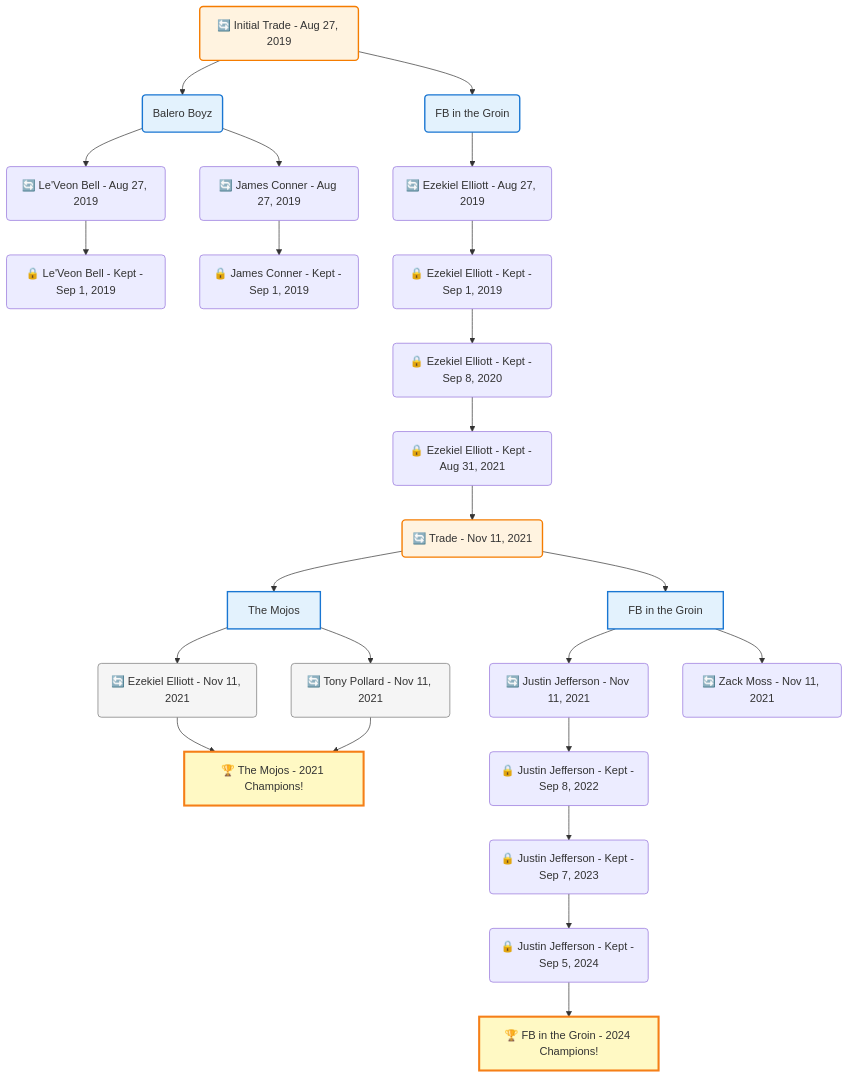
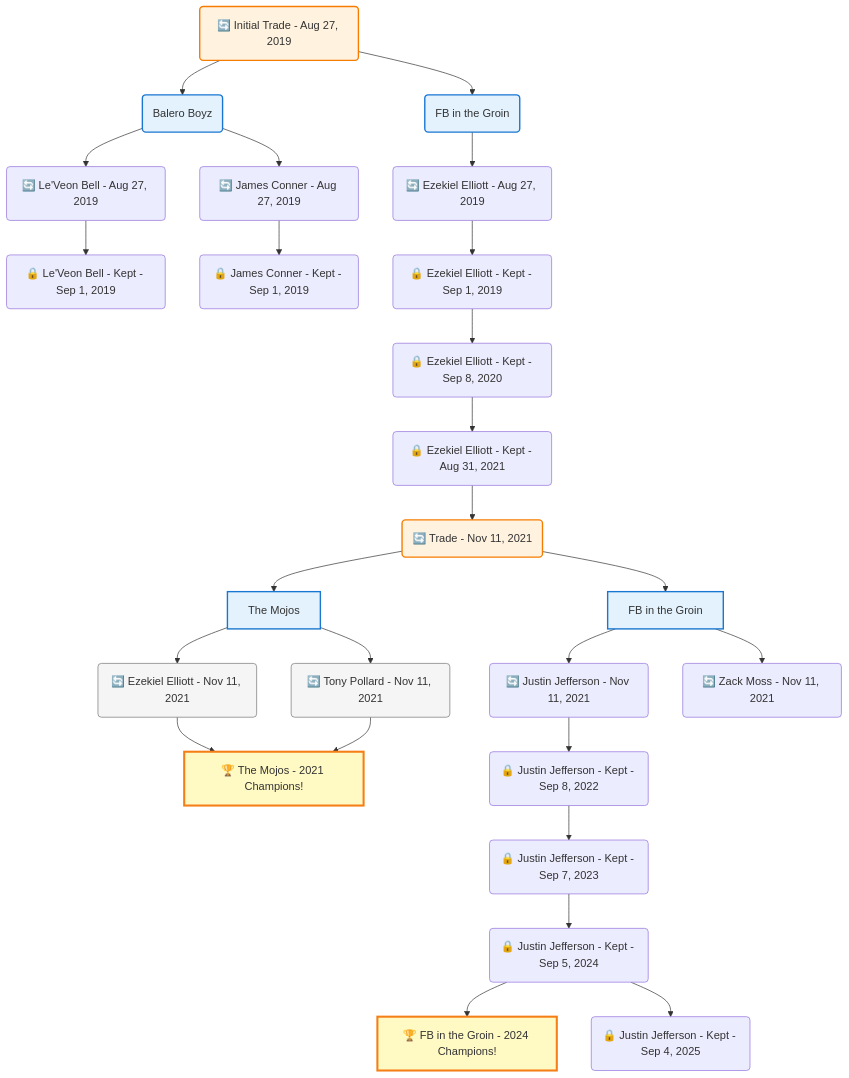
Before and after one commit to bsnooks/FantasyArchive: the diagram in frontend/public/data/trade-trees/mermaid/4e45f353-24c3-46d7-a691-a8cb31da069e.mmd, drawn with Mermaid. The commit also changed 76 other files, not shown here.

```diff
--- a/frontend/public/data/trade-trees/mermaid/4e45f353-24c3-46d7-a691-a8cb31da069e.mmd
+++ b/frontend/public/data/trade-trees/mermaid/4e45f353-24c3-46d7-a691-a8cb31da069e.mmd
@@ -1,63 +1,65 @@
 flowchart TD
 
     TRADE_MAIN("🔄 Initial Trade - Aug 27, 2019")
     TEAM_1("Balero Boyz")
     TEAM_2("FB in the Groin")
     NODE_59268d5b-f355-4b6e-bca4-070815370b04("🔄 Le'Veon Bell - Aug 27, 2019")
     NODE_7117999e-bab4-42ae-9d78-d07847302724("🔒 Le'Veon Bell - Kept - Sep 1, 2019")
     NODE_cbe60832-3c71-4196-aa36-cf78c53f7f2d("🔄 James Conner - Aug 27, 2019")
     NODE_23598f52-9505-4803-ad3c-ef7c43cfefed("🔒 James Conner - Kept - Sep 1, 2019")
     NODE_45a0bd28-03b2-44dc-a3a1-ec8a0bca96ce("🔄 Ezekiel Elliott - Aug 27, 2019")
     NODE_8c26cca0-aacf-430d-ad2c-aa79ed5d716f("🔒 Ezekiel Elliott - Kept - Sep 1, 2019")
     NODE_829e811b-ead8-402d-8bbe-92cb60a3a834("🔒 Ezekiel Elliott - Kept - Sep 8, 2020")
     NODE_ae6d5939-886f-49ae-a831-34feee078b3d("🔒 Ezekiel Elliott - Kept - Aug 31, 2021")
     TRADE_451b2038-42ba-4ba2-9eed-7d7e59e4281d_3("🔄 Trade - Nov 11, 2021")
     TEAM_bbe2d0ad-54cf-4c22-be82-b2a5f262a157_4["The Mojos"]
     NODE_4d79c91c-098e-498f-9aa9-ee835c90d399("🔄 Ezekiel Elliott - Nov 11, 2021")
     CHAMP_bbe2d0ad-54cf-4c22-be82-b2a5f262a157_2021["🏆 The Mojos - 2021 Champions!"]
     NODE_5d5d8e60-bf6b-445b-a0d4-1c55e9fa6097("🔄 Tony Pollard - Nov 11, 2021")
     TEAM_f483ecf1-cd17-4991-854b-e52dfc957b45_5["FB in the Groin"]
     NODE_e07cacc3-49e5-4e21-a75f-83405ff4f57b("🔄 Justin Jefferson - Nov 11, 2021")
     NODE_4946198b-20fe-4992-b2c1-86ea0927d0be("🔒 Justin Jefferson - Kept - Sep 8, 2022")
     NODE_5ec147e7-5e82-4d0c-b521-0e892098b936("🔒 Justin Jefferson - Kept - Sep 7, 2023")
     NODE_df0f34bb-4caf-4282-a80d-31c385b4ab7c("🔒 Justin Jefferson - Kept - Sep 5, 2024")
     CHAMP_f483ecf1-cd17-4991-854b-e52dfc957b45_2024["🏆 FB in the Groin - 2024 Champions!"]
+    NODE_499d2ba2-1008-4058-a792-04ec4b9cf305("🔒 Justin Jefferson - Kept - Sep 4, 2025")
     NODE_580e8901-5bae-437e-8fae-ca50a9ef5c01("🔄 Zack Moss - Nov 11, 2021")
 
     TRADE_MAIN --> TEAM_1
     TRADE_MAIN --> TEAM_2
     TEAM_1 --> NODE_59268d5b-f355-4b6e-bca4-070815370b04
     NODE_59268d5b-f355-4b6e-bca4-070815370b04 --> NODE_7117999e-bab4-42ae-9d78-d07847302724
     TEAM_1 --> NODE_cbe60832-3c71-4196-aa36-cf78c53f7f2d
     NODE_cbe60832-3c71-4196-aa36-cf78c53f7f2d --> NODE_23598f52-9505-4803-ad3c-ef7c43cfefed
     TEAM_2 --> NODE_45a0bd28-03b2-44dc-a3a1-ec8a0bca96ce
     NODE_45a0bd28-03b2-44dc-a3a1-ec8a0bca96ce --> NODE_8c26cca0-aacf-430d-ad2c-aa79ed5d716f
     NODE_8c26cca0-aacf-430d-ad2c-aa79ed5d716f --> NODE_829e811b-ead8-402d-8bbe-92cb60a3a834
     NODE_829e811b-ead8-402d-8bbe-92cb60a3a834 --> NODE_ae6d5939-886f-49ae-a831-34feee078b3d
     NODE_ae6d5939-886f-49ae-a831-34feee078b3d --> TRADE_451b2038-42ba-4ba2-9eed-7d7e59e4281d_3
     TRADE_451b2038-42ba-4ba2-9eed-7d7e59e4281d_3 --> TEAM_bbe2d0ad-54cf-4c22-be82-b2a5f262a157_4
     TEAM_bbe2d0ad-54cf-4c22-be82-b2a5f262a157_4 --> NODE_4d79c91c-098e-498f-9aa9-ee835c90d399
     NODE_4d79c91c-098e-498f-9aa9-ee835c90d399 --> CHAMP_bbe2d0ad-54cf-4c22-be82-b2a5f262a157_2021
     TEAM_bbe2d0ad-54cf-4c22-be82-b2a5f262a157_4 --> NODE_5d5d8e60-bf6b-445b-a0d4-1c55e9fa6097
     NODE_5d5d8e60-bf6b-445b-a0d4-1c55e9fa6097 --> CHAMP_bbe2d0ad-54cf-4c22-be82-b2a5f262a157_2021
     TRADE_451b2038-42ba-4ba2-9eed-7d7e59e4281d_3 --> TEAM_f483ecf1-cd17-4991-854b-e52dfc957b45_5
     TEAM_f483ecf1-cd17-4991-854b-e52dfc957b45_5 --> NODE_e07cacc3-49e5-4e21-a75f-83405ff4f57b
     NODE_e07cacc3-49e5-4e21-a75f-83405ff4f57b --> NODE_4946198b-20fe-4992-b2c1-86ea0927d0be
     NODE_4946198b-20fe-4992-b2c1-86ea0927d0be --> NODE_5ec147e7-5e82-4d0c-b521-0e892098b936
     NODE_5ec147e7-5e82-4d0c-b521-0e892098b936 --> NODE_df0f34bb-4caf-4282-a80d-31c385b4ab7c
     NODE_df0f34bb-4caf-4282-a80d-31c385b4ab7c --> CHAMP_f483ecf1-cd17-4991-854b-e52dfc957b45_2024
+    NODE_df0f34bb-4caf-4282-a80d-31c385b4ab7c --> NODE_499d2ba2-1008-4058-a792-04ec4b9cf305
     TEAM_f483ecf1-cd17-4991-854b-e52dfc957b45_5 --> NODE_580e8901-5bae-437e-8fae-ca50a9ef5c01
 
     %% Node styling
     classDef teamNode fill:#e3f2fd,stroke:#1976d2,stroke-width:2px
     classDef tradeNode fill:#fff3e0,stroke:#f57c00,stroke-width:2px
     classDef playerNode fill:#f3e5f5,stroke:#7b1fa2,stroke-width:1px
     classDef nonRootPlayerNode fill:#f5f5f5,stroke:#757575,stroke-width:1px
     classDef endNode fill:#ffebee,stroke:#c62828,stroke-width:2px
     classDef waiverNode fill:#e8f5e8,stroke:#388e3c,stroke-width:2px
     classDef championshipNode fill:#fff9c4,stroke:#f57f17,stroke-width:3px
 
     class TEAM_1,TEAM_2,TEAM_bbe2d0ad-54cf-4c22-be82-b2a5f262a157_4,TEAM_f483ecf1-cd17-4991-854b-e52dfc957b45_5 teamNode
     class CHAMP_bbe2d0ad-54cf-4c22-be82-b2a5f262a157_2021,CHAMP_f483ecf1-cd17-4991-854b-e52dfc957b45_2024 championshipNode
     class NODE_4d79c91c-098e-498f-9aa9-ee835c90d399,NODE_5d5d8e60-bf6b-445b-a0d4-1c55e9fa6097 nonRootPlayerNode
     class TRADE_MAIN,TRADE_451b2038-42ba-4ba2-9eed-7d7e59e4281d_3 tradeNode
```
